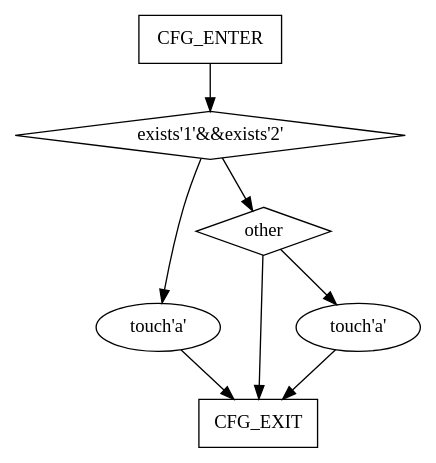
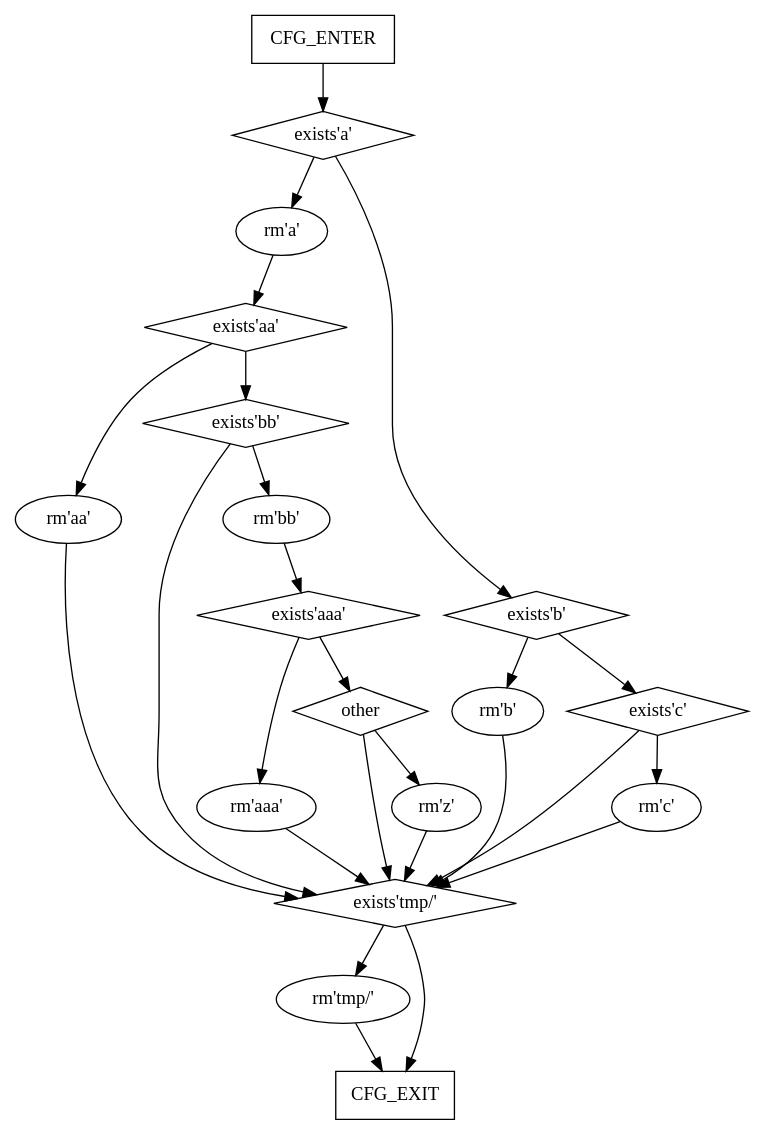
Before and after one commit to rodneyxr/ffa-framework: the diagram in scripts/ffa/script1.dot, drawn with Graphviz. The commit also changed 2 other files, not shown here.

```diff
--- a/scripts/ffa/script1.dot
+++ b/scripts/ffa/script1.dot
@@ -1,16 +1,46 @@
 digraph G {
     0[label="CFG_ENTER",shape=box];
-    1[label="exists'1'&&exists'2'",shape=diamond];
-    2[label="touch'a'"];
-    5[label="CFG_EXIT",shape=box];
-    3[label="other",shape=diamond];
-    4[label="touch'a'"];
+    1[label="exists'a'",shape=diamond];
+    2[label="rm'a'"];
+    3[label="exists'aa'",shape=diamond];
+    4[label="rm'aa'"];
+    15[label="exists'tmp/'",shape=diamond];
+    16[label="rm'tmp/'"];
+    17[label="CFG_EXIT",shape=box];
+    5[label="exists'bb'",shape=diamond];
+    6[label="rm'bb'"];
+    7[label="exists'aaa'",shape=diamond];
+    8[label="rm'aaa'"];
+    9[label="other",shape=diamond];
+    10[label="rm'z'"];
+    11[label="exists'b'",shape=diamond];
+    12[label="rm'b'"];
+    13[label="exists'c'",shape=diamond];
+    14[label="rm'c'"];
 
     0 -> 1;
     1 -> 2;
-    1 -> 3;
-    2 -> 5;
+    1 -> 11;
+    2 -> 3;
     3 -> 4;
     3 -> 5;
-    4 -> 5;
+    4 -> 15;
+    15 -> 16;
+    15 -> 17;
+    16 -> 17;
+    5 -> 6;
+    5 -> 15;
+    6 -> 7;
+    7 -> 8;
+    7 -> 9;
+    8 -> 15;
+    9 -> 10;
+    9 -> 15;
+    10 -> 15;
+    11 -> 12;
+    11 -> 13;
+    12 -> 15;
+    13 -> 14;
+    13 -> 15;
+    14 -> 15;
 }
```
